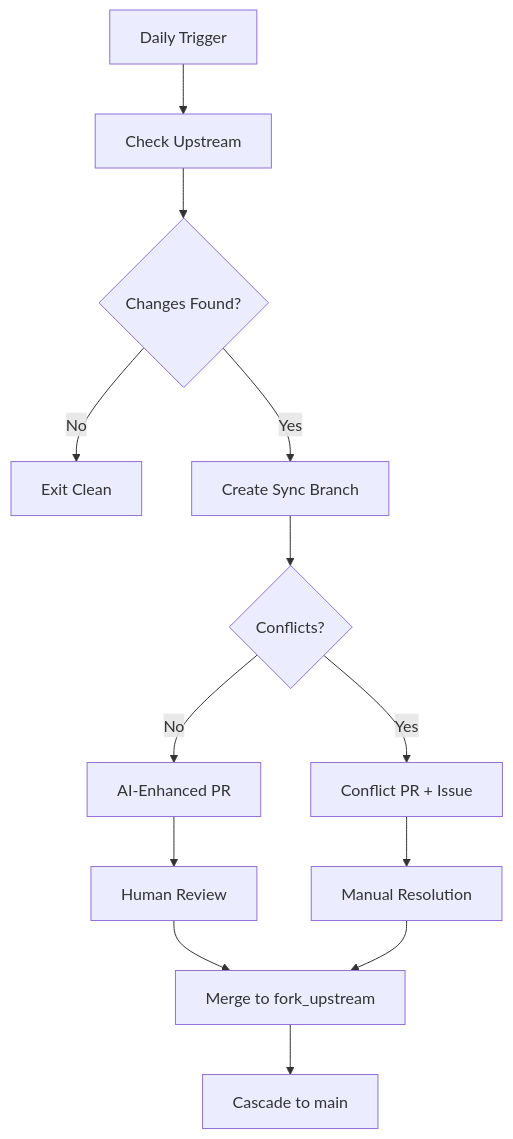
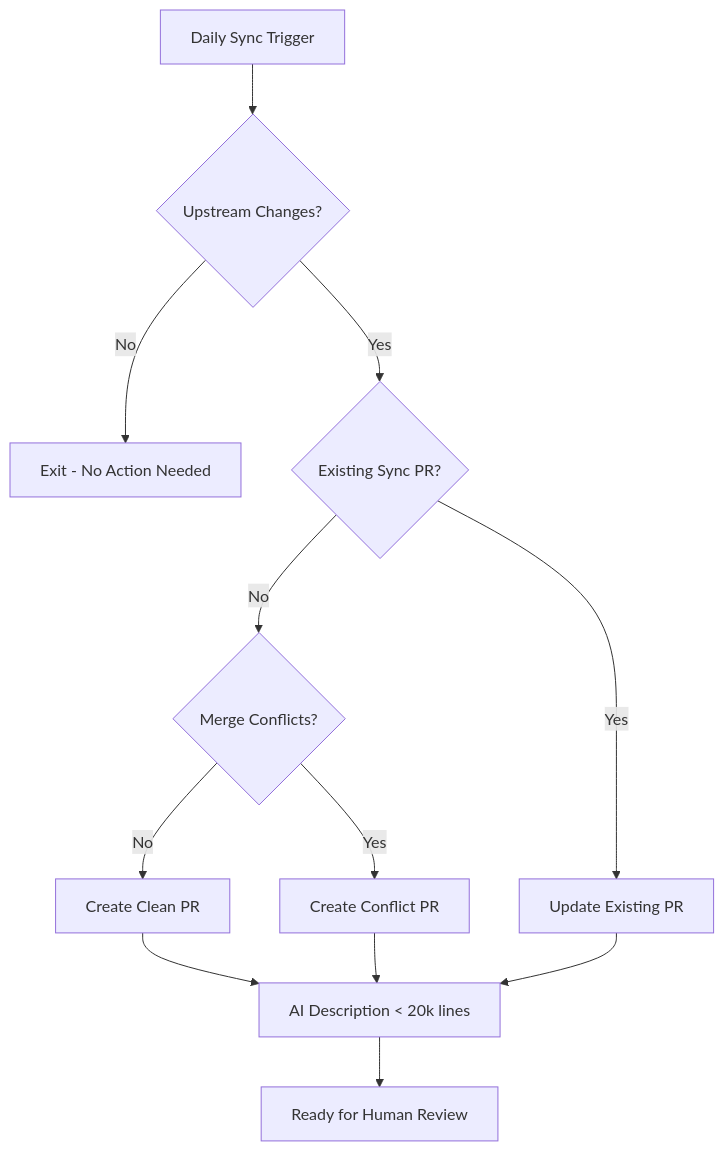
Before and after one commit to Azure/osdu-spi: the diagram in doc/src/workflows/synchronization.md, drawn with Mermaid. The commit also changed other lines of this file and 30 other files, not shown here.

````diff
--- a/doc/src/workflows/synchronization.md
+++ b/doc/src/workflows/synchronization.md
@@ -106,15 +42,14 @@
 ```mermaid
 flowchart TD
-    A[Daily Trigger] --> B[Check Upstream]
-    B --> C{Changes Found?}
-    C -->|No| D[Exit Clean]
-    C -->|Yes| E[Create Sync Branch]
-    E --> F{Conflicts?}
-    F -->|No| G[AI-Enhanced PR]
-    F -->|Yes| H[Conflict PR + Issue]
-    G --> I[Human Review]
-    H --> J[Manual Resolution]
-    I --> K[Merge to fork_upstream]
-    J --> K
-    K --> L[Cascade to main]
+    A[Daily Sync Trigger] --> B{Upstream Changes?}
+    B -->|No| C[Exit - No Action Needed]
+    B -->|Yes| D{Existing Sync PR?}
+    D -->|No| E{Merge Conflicts?}
+    D -->|Yes| F[Update Existing PR]
+    E -->|No| G[Create Clean PR]
+    E -->|Yes| H[Create Conflict PR]
+    G --> I[AI Description < 20k lines]
+    H --> I
+    F --> I
+    I --> J[Ready for Human Review]
 ```
````
